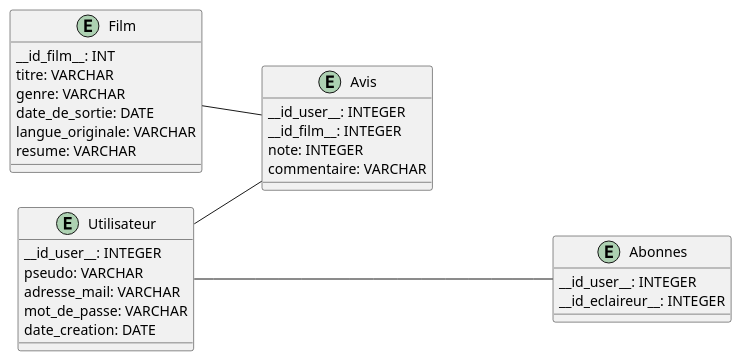
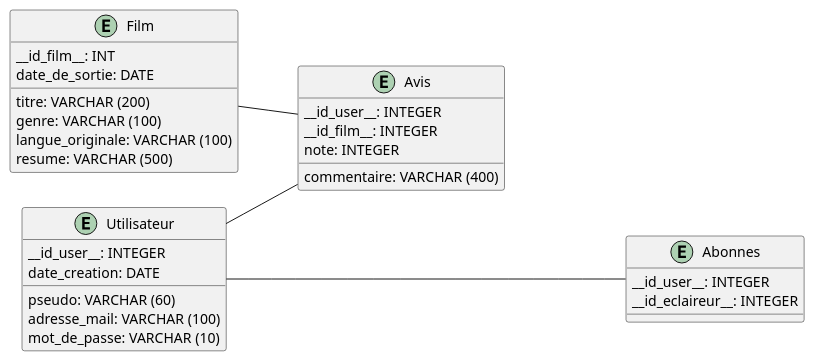
Before and after one commit to id2380/Projet2A_Template: the diagram in doc/Diagramme de base de données/Diagramme de base de données.puml, drawn with PlantUML. The commit also changed 1 other file, not shown here.

```diff
--- a/doc/Diagramme de base de données/Diagramme de base de données.puml
+++ b/doc/Diagramme de base de données/Diagramme de base de données.puml
@@ -1,40 +1,40 @@
 @startuml Diagramme de base de données
 left to right direction
 
 entity "Utilisateur" as UTILISATEUR {
     __id_user__: INTEGER
-    pseudo: VARCHAR
-    adresse_mail: VARCHAR
-    mot_de_passe: VARCHAR
+    pseudo: VARCHAR (60)
+    adresse_mail: VARCHAR (100)
+    mot_de_passe: VARCHAR (10)
     date_creation: DATE
 }
 
 entity "Film" as FILM {
     __id_film__: INT
-    titre: VARCHAR
-    genre: VARCHAR
+    titre: VARCHAR (200)
+    genre: VARCHAR (100)
     date_de_sortie: DATE
-    langue_originale: VARCHAR
-    resume: VARCHAR
+    langue_originale: VARCHAR (100)
+    resume: VARCHAR (500)
 }
 
 entity "Avis" as AVIS {
     __id_user__: INTEGER
     __id_film__: INTEGER
     note: INTEGER
-    commentaire: VARCHAR
+    commentaire: VARCHAR (400)
 }
 
 entity "Abonnes" as ABONNES {
     __id_user__: INTEGER
     __id_eclaireur__: INTEGER
 }
 
 ' Relations pour positionner Avis entre Utilisateur et Film
 UTILISATEUR -- AVIS
 FILM -- AVIS
 
 ' Relation avec Abonnes sous Utilisateur
 UTILISATEUR --down-- ABONNES
 
 @enduml
```
